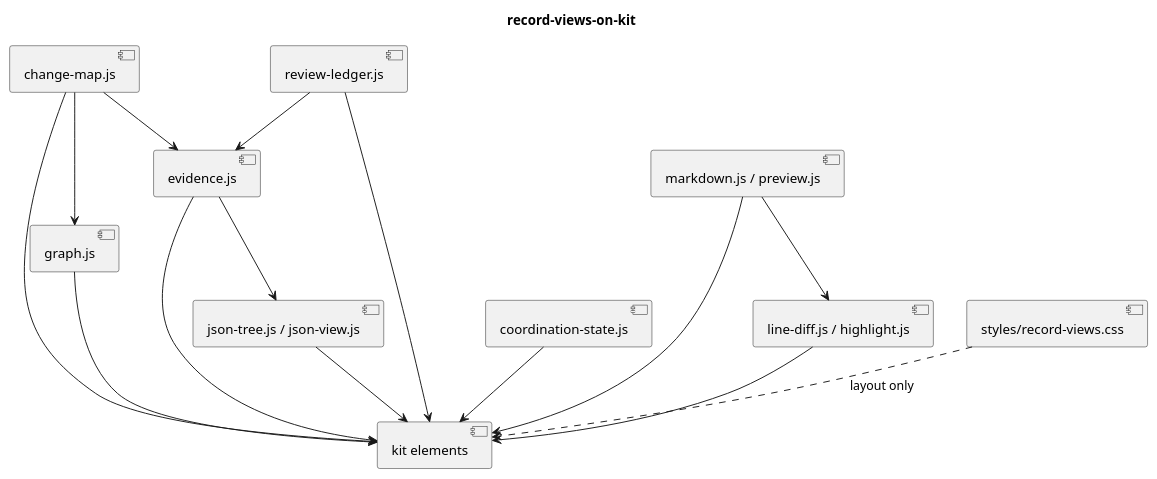
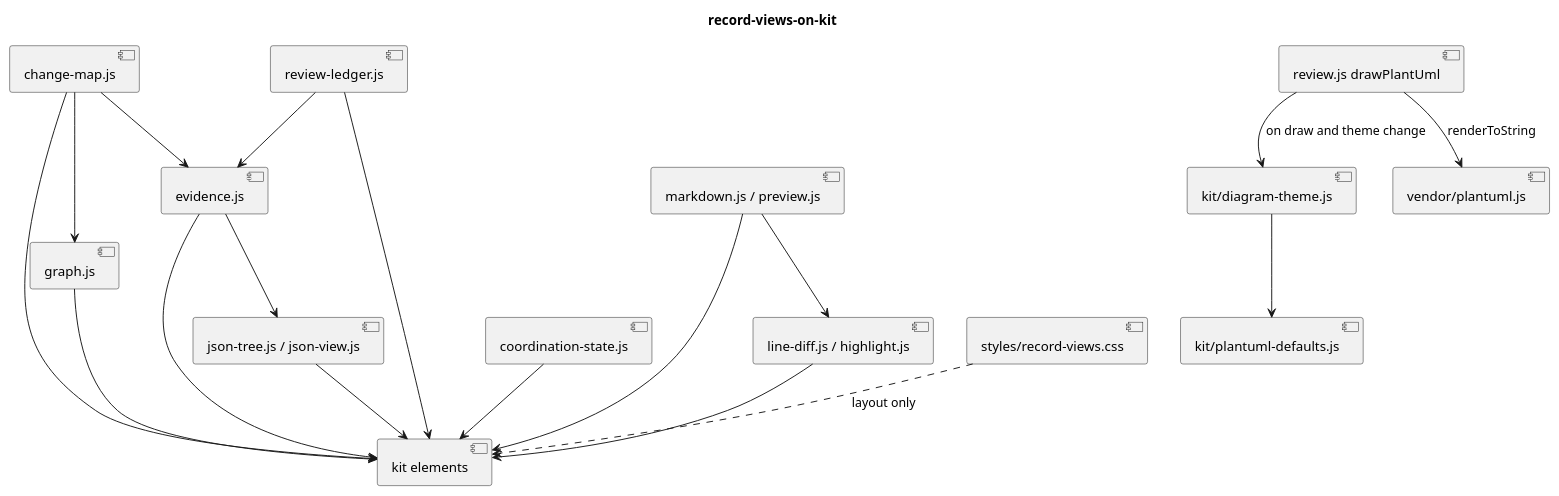
Before and after one commit to RumyantsevMichael/Prism: the diagram in docs/plans/review-app-ui-kit/record-views-on-kit/code.puml, drawn with PlantUML. The commit also changed 46 other files, not shown here.

First line of the commit message:
chore: revise the review app UI kit design

```diff
--- a/docs/plans/review-app-ui-kit/record-views-on-kit/code.puml
+++ b/docs/plans/review-app-ui-kit/record-views-on-kit/code.puml
@@ -1,27 +1,34 @@
 @startuml
 title record-views-on-kit
 component "change-map.js" as cmap
 component "review-ledger.js" as ledger
 component "coordination-state.js" as state
 component "evidence.js" as evidence
 component "graph.js" as graph
 component "json-tree.js / json-view.js" as json
 component "markdown.js / preview.js" as docs
 component "line-diff.js / highlight.js" as code
+component "review.js drawPlantUml" as draw
+component "kit/diagram-theme.js" as theme
+component "kit/plantuml-defaults.js" as defaults
+component "vendor/plantuml.js" as runtime
 component "styles/record-views.css" as css
 component "kit elements" as kit
 cmap --> evidence
 cmap --> graph
 ledger --> evidence
 evidence --> json
 docs --> code
+draw --> runtime : renderToString
+draw --> theme : on draw and theme change
+theme --> defaults
 cmap --> kit
 ledger --> kit
 state --> kit
 evidence --> kit
 graph --> kit
 json --> kit
 docs --> kit
 code --> kit
 css ..> kit : layout only
 @enduml
```
